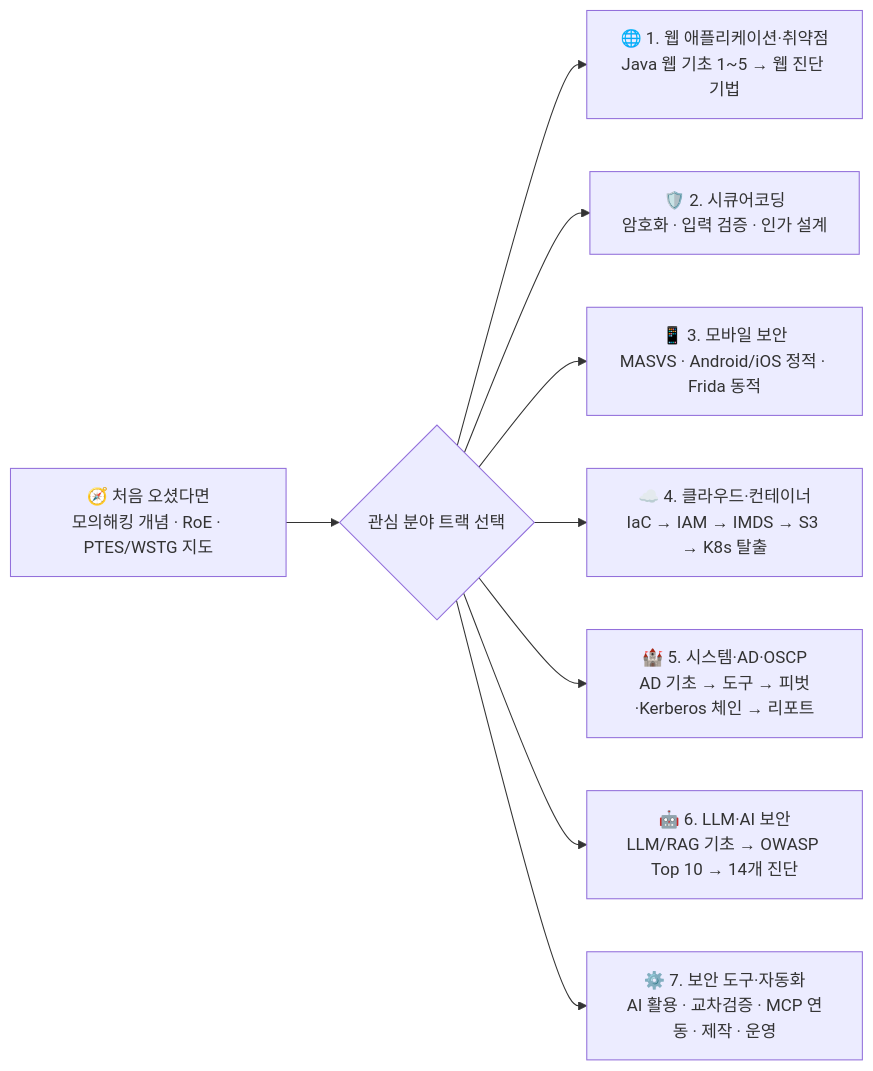
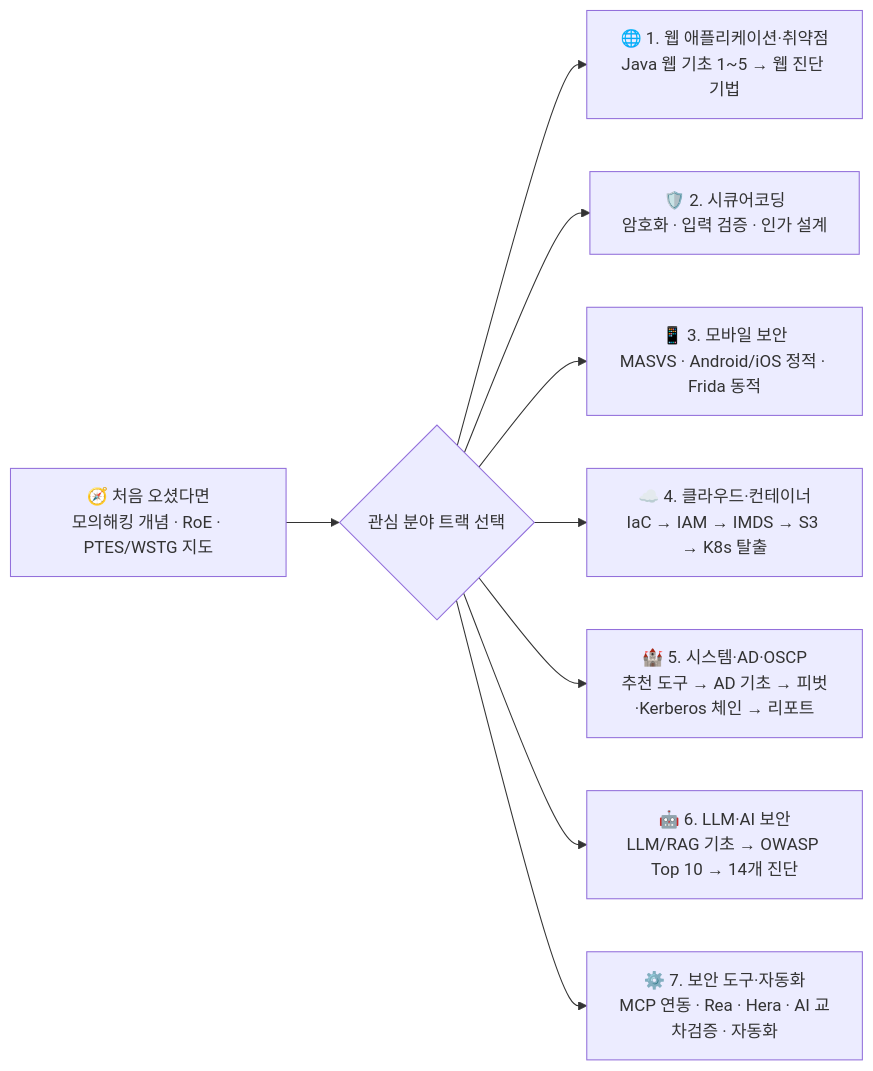
The diagram in content/index.md (gooyong-sec/gooyong-sec.github.io), drawn with Mermaid before and after one commit. The commit also changed other lines of this file and 2 other files, not shown here.

````diff
--- a/content/index.md
+++ b/content/index.md
@@ -13,11 +13,11 @@
 ```mermaid
 flowchart LR
     Start["🧭 처음 오셨다면<br/>모의해킹 개념 · RoE · PTES/WSTG 지도"] --> Track{"관심 분야 트랙 선택"}
     Track --> T1["🌐 1. 웹 애플리케이션·취약점<br/>Java 웹 기초 1~5 → 웹 진단 기법"]
     Track --> T2["🛡️ 2. 시큐어코딩<br/>암호화 · 입력 검증 · 인가 설계"]
     Track --> T3["📱 3. 모바일 보안<br/>MASVS · Android/iOS 정적 · Frida 동적"]
     Track --> T4["☁️ 4. 클라우드·컨테이너<br/>IaC → IAM → IMDS → S3 → K8s 탈출"]
-    Track --> T5["🏰 5. 시스템·AD·OSCP<br/>AD 기초 → 도구 → 피벗·Kerberos 체인 → 리포트"]
+    Track --> T5["🏰 5. 시스템·AD·OSCP<br/>추천 도구 → AD 기초 → 피벗·Kerberos 체인 → 리포트"]
     Track --> T6["🤖 6. LLM·AI 보안<br/>LLM/RAG 기초 → OWASP Top 10 → 14개 진단"]
-    Track --> T7["⚙️ 7. 보안 도구·자동화<br/>AI 활용 · 교차검증 · MCP 연동 · 제작 · 운영"]
+    Track --> T7["⚙️ 7. 보안 도구·자동화<br/>MCP 연동 · Rea · Hera · AI 교차검증 · 자동화"]
 ```
````
